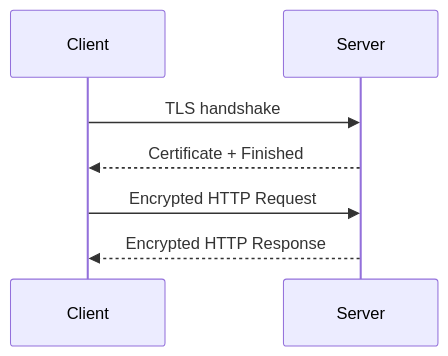
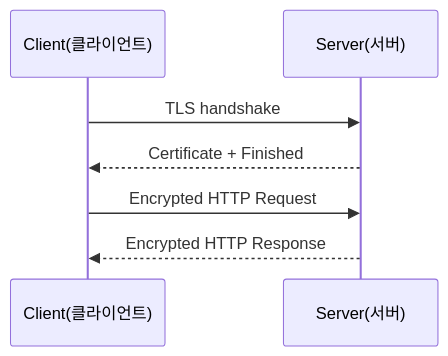
Before and after one commit to mandoobox/mandoobox.github.io: diagram 19 of 39 in _posts/cs-note/2026-02-27-network.md, drawn with Mermaid. The commit also changed other lines of this file and 18 other files, not shown here.

````diff
--- a/_posts/cs-note/2026-02-27-network.md
+++ b/_posts/cs-note/2026-02-27-network.md
@@ -604,9 +604,9 @@
 ```mermaid
 sequenceDiagram
-  participant C as Client
-  participant S as Server
+  participant C as Client(클라이언트)
+  participant S as Server(서버)
   C->>S: TLS handshake
   S-->>C: Certificate + Finished
   C->>S: Encrypted HTTP Request
   S-->>C: Encrypted HTTP Response
 ```
````
